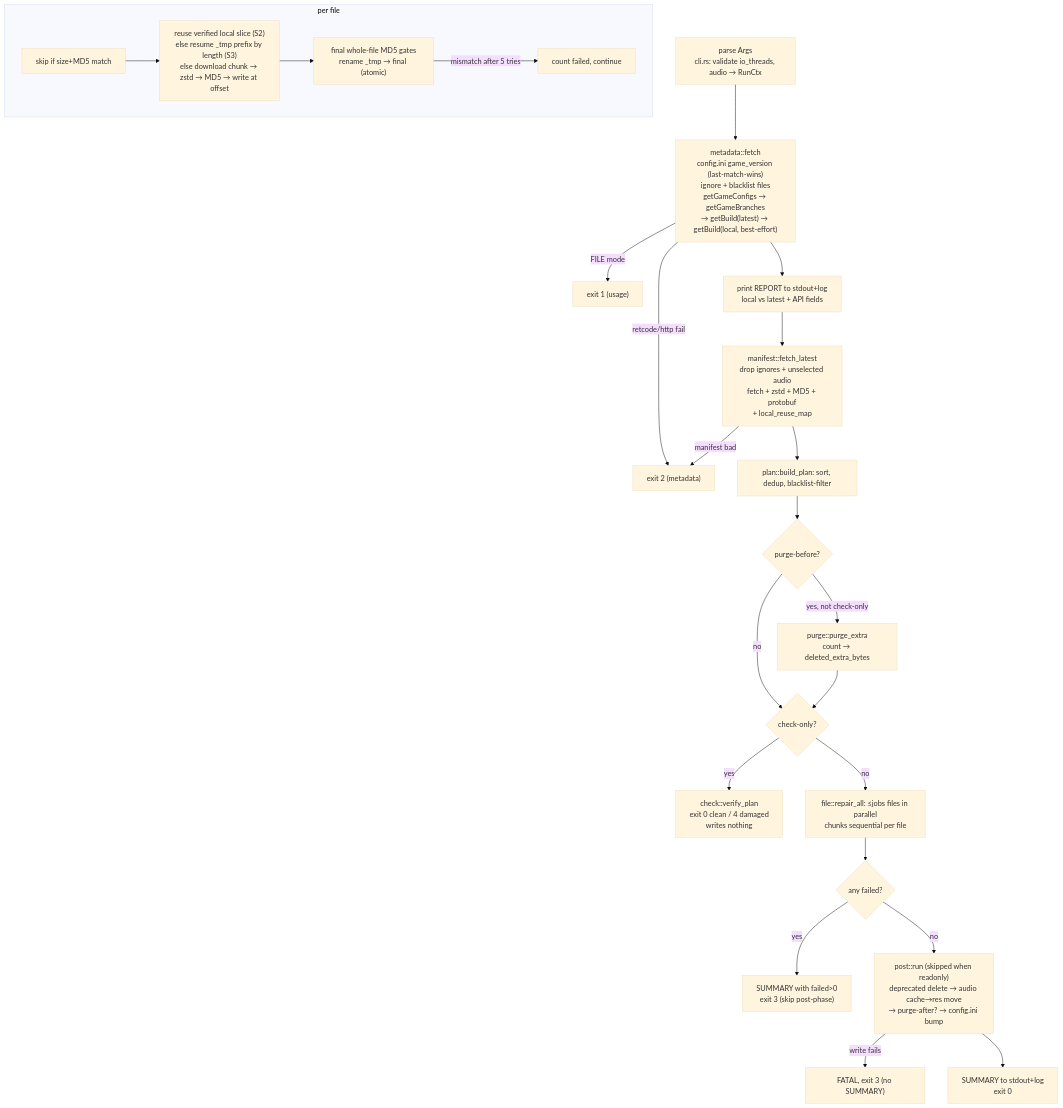
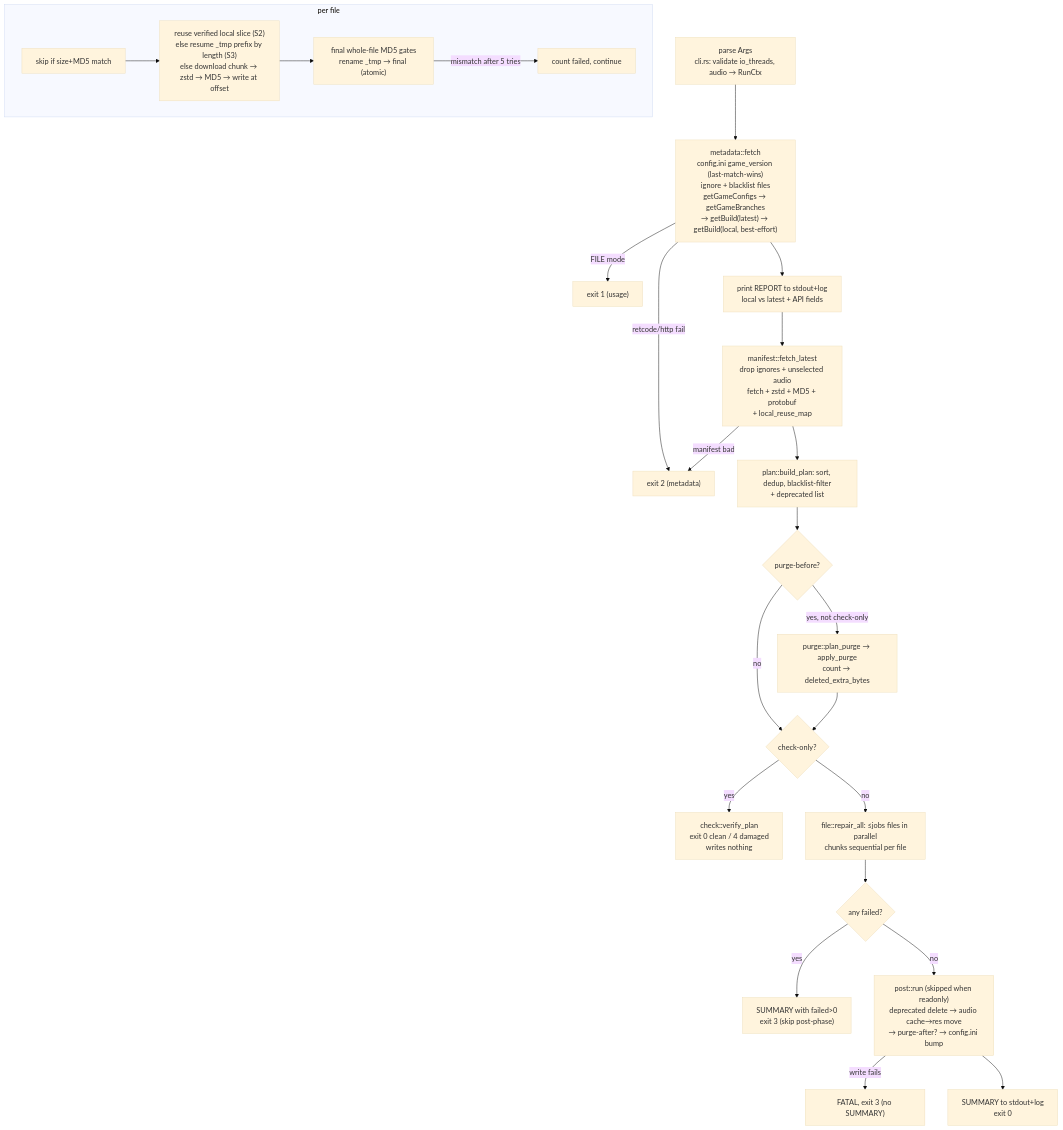
One commit to bhbghghbgb/girpr changed the diagram in README.md. Above: the diagram before and after it, drawn with Mermaid (base theme). The commit also changed other lines of this file and 6 other files, not shown here.

````diff
--- a/README.md
+++ b/README.md
@@ -56,26 +56,26 @@
 ```mermaid
 flowchart TD
     A["parse Args<br/>cli.rs: validate io_threads, audio → RunCtx"] --> B["metadata::fetch<br/>config.ini game_version (last-match-wins)<br/>ignore + blacklist files<br/>getGameConfigs → getGameBranches<br/>→ getBuild(latest) → getBuild(local, best-effort)"]
     B -->|FILE mode| X1["exit 1 (usage)"]
     B -->|retcode/http fail| X2["exit 2 (metadata)"]
     B --> C["print REPORT to stdout+log<br/>local vs latest + API fields"]
     C --> D["manifest::fetch_latest<br/>drop ignores + unselected audio<br/>fetch + zstd + MD5 + protobuf<br/>+ local_reuse_map"]
     D -->|manifest bad| X2
-    D --> E["plan::build_plan: sort, dedup, blacklist-filter"]
+    D --> E["plan::build_plan: sort, dedup, blacklist-filter<br/>+ deprecated list"]
     E --> F{"purge-before?"}
-    F -->|yes, not check-only| G["purge::purge_extra<br/>count → deleted_extra_bytes"]
+    F -->|yes, not check-only| G["purge::plan_purge → apply_purge<br/>count → deleted_extra_bytes"]
     F -->|no| H{"check-only?"}
     G --> H
     H -->|yes| I["check::verify_plan<br/>exit 0 clean / 4 damaged<br/>writes nothing"]
     H -->|no| J["file::repair_all: ≤jobs files in parallel<br/>chunks sequential per file"]
     subgraph perfile ["per file"]
         J1["skip if size+MD5 match"] --> J2["reuse verified local slice (S2)<br/>else resume _tmp prefix by length (S3)<br/>else download chunk → zstd → MD5 → write at offset"]
         J2 --> J3["final whole-file MD5 gates<br/>rename _tmp → final (atomic)"]
         J3 -->|mismatch after 5 tries| J4["count failed, continue"]
     end
     J --> K{"any failed?"}
     K -->|yes| L["SUMMARY with failed>0<br/>exit 3 (skip post-phase)"]
     K -->|no| M["post::run (skipped when readonly)<br/>deprecated delete → audio cache→res move<br/>→ purge-after? → config.ini bump"]
     M -->|write fails| X3["FATAL, exit 3 (no SUMMARY)"]
     M --> N["SUMMARY to stdout+log<br/>exit 0"]
 ```
````
